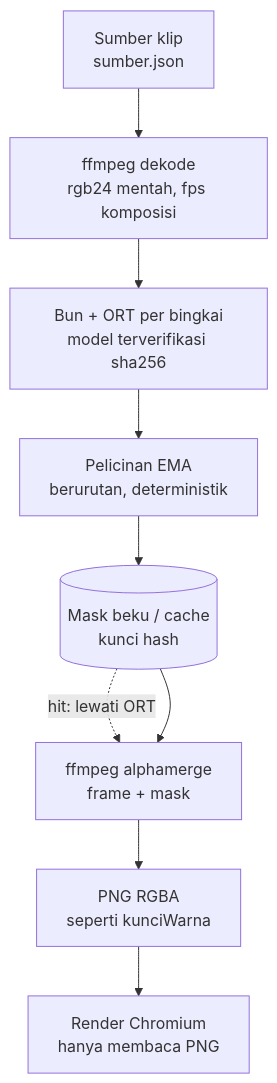
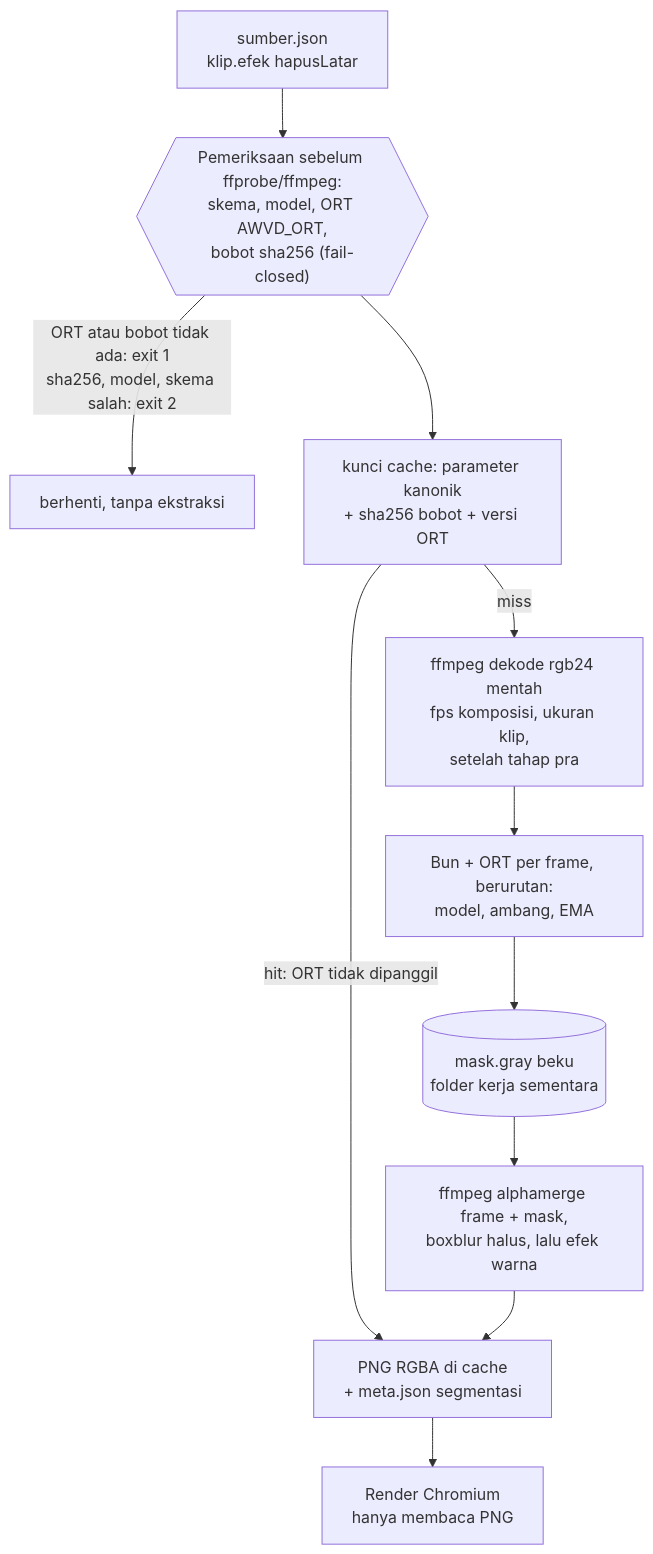
Before and after one commit to ahliweb/awvd: the second of 2 diagrams in docs/segmentasi-latar.md, drawn with Mermaid. The commit also changed other lines of this file and 7 other files, not shown here.

Commit message:
feat: efek klip hapusLatar (hapus latar lokal, mask beku, alphamerge ke PNG RGBA)

````diff
--- a/docs/segmentasi-latar.md
+++ b/docs/segmentasi-latar.md
@@ -148,11 +148,13 @@
 ```mermaid
 flowchart TD
-    S[Sumber klip<br/>sumber.json] --> D[ffmpeg dekode<br/>rgb24 mentah, fps komposisi]
-    D --> O[Bun + ORT per bingkai<br/>model terverifikasi sha256]
-    O --> E[Pelicinan EMA<br/>berurutan, deterministik]
-    E --> M[(Mask beku / cache<br/>kunci hash)]
-    M -.->|hit: lewati ORT| A
-    M --> A[ffmpeg alphamerge<br/>frame + mask]
-    A --> P[PNG RGBA<br/>seperti kunciWarna]
-    P --> R[Render Chromium<br/>hanya membaca PNG]
+    M[sumber.json<br/>klip.efek hapusLatar] --> P{{"Pemeriksaan sebelum ffprobe/ffmpeg:<br/>skema, model, ORT AWVD_ORT,<br/>bobot sha256 (fail-closed)"}}
+    P -->|ORT atau bobot tidak ada: exit 1<br/>sha256, model, skema salah: exit 2| X[berhenti, tanpa ekstraksi]
+    P --> K[kunci cache: parameter kanonik<br/>+ sha256 bobot + versi ORT]
+    K -->|hit: ORT tidak dipanggil| C
+    K -->|miss| D[ffmpeg dekode rgb24 mentah<br/>fps komposisi, ukuran klip,<br/>setelah tahap pra]
+    D --> O[Bun + ORT per frame, berurutan:<br/>model, ambang, EMA]
+    O --> G[(mask.gray beku<br/>folder kerja sementara)]
+    G --> A[ffmpeg alphamerge frame + mask,<br/>boxblur halus, lalu efek warna]
+    A --> C[PNG RGBA di cache<br/>+ meta.json segmentasi]
+    C --> R[Render Chromium<br/>hanya membaca PNG]
 ```
````
